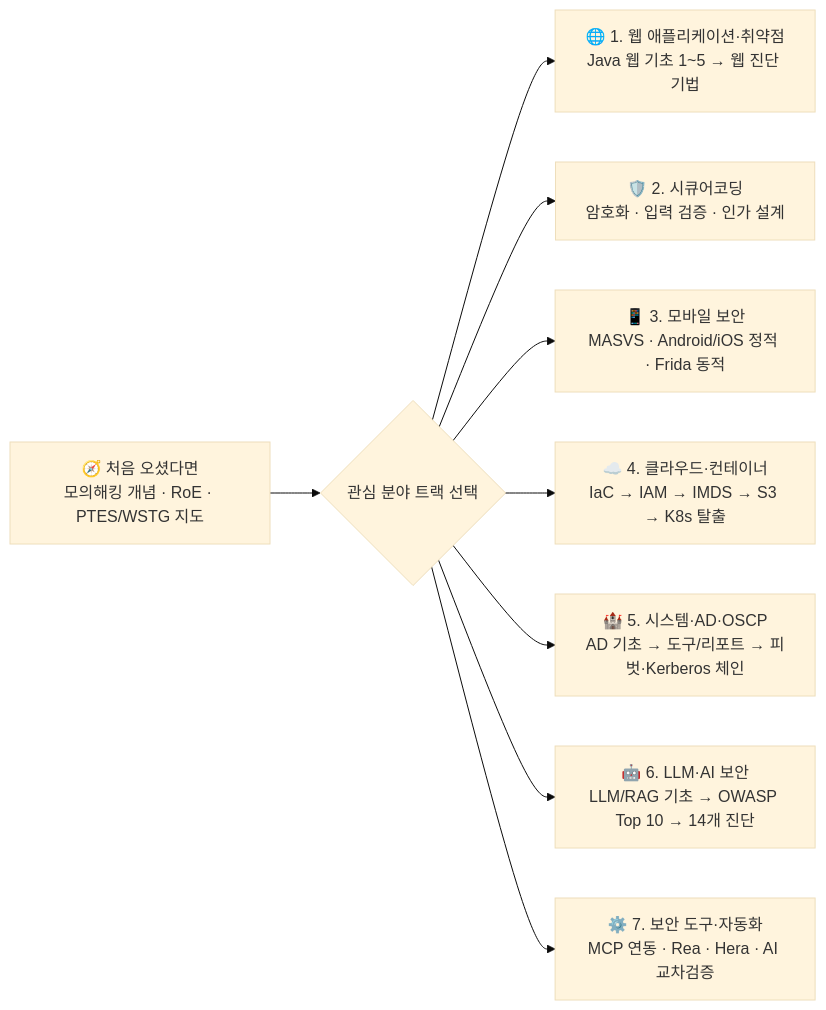
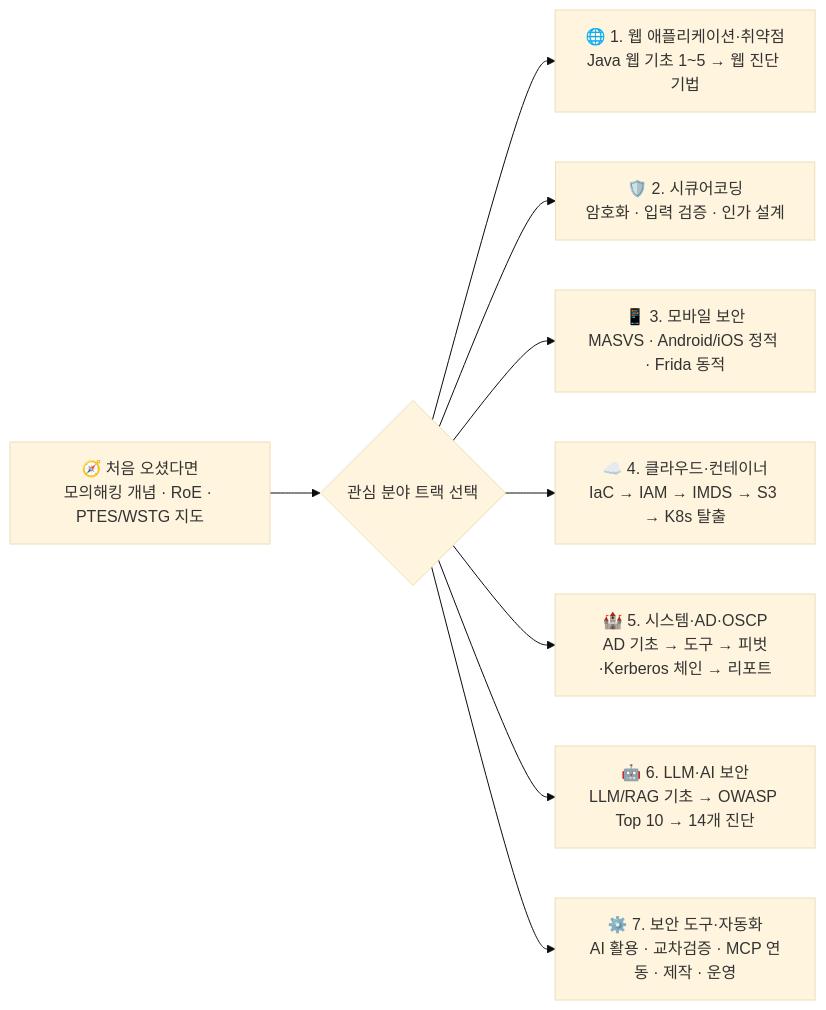
The diagram in content/index.md (gooyong-sec/gooyong-sec.github.io), drawn with Mermaid (base theme) before and after one commit. The commit also changed other lines of this file and 9 other files, not shown here.

````diff
--- a/content/index.md
+++ b/content/index.md
@@ -13,11 +13,11 @@
 ```mermaid
 flowchart LR
     Start["🧭 처음 오셨다면<br/>모의해킹 개념 · RoE · PTES/WSTG 지도"] --> Track{"관심 분야 트랙 선택"}
     Track --> T1["🌐 1. 웹 애플리케이션·취약점<br/>Java 웹 기초 1~5 → 웹 진단 기법"]
     Track --> T2["🛡️ 2. 시큐어코딩<br/>암호화 · 입력 검증 · 인가 설계"]
     Track --> T3["📱 3. 모바일 보안<br/>MASVS · Android/iOS 정적 · Frida 동적"]
     Track --> T4["☁️ 4. 클라우드·컨테이너<br/>IaC → IAM → IMDS → S3 → K8s 탈출"]
-    Track --> T5["🏰 5. 시스템·AD·OSCP<br/>AD 기초 → 도구/리포트 → 피벗·Kerberos 체인"]
+    Track --> T5["🏰 5. 시스템·AD·OSCP<br/>AD 기초 → 도구 → 피벗·Kerberos 체인 → 리포트"]
     Track --> T6["🤖 6. LLM·AI 보안<br/>LLM/RAG 기초 → OWASP Top 10 → 14개 진단"]
-    Track --> T7["⚙️ 7. 보안 도구·자동화<br/>MCP 연동 · Rea · Hera · AI 교차검증"]
+    Track --> T7["⚙️ 7. 보안 도구·자동화<br/>AI 활용 · 교차검증 · MCP 연동 · 제작 · 운영"]
 ```
````
